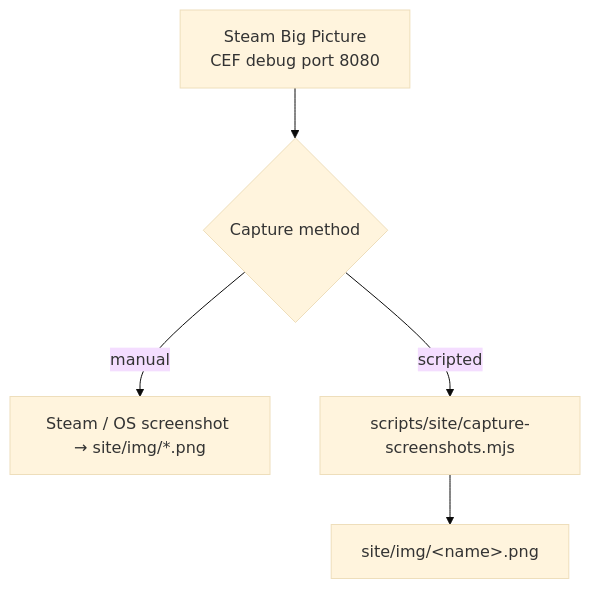
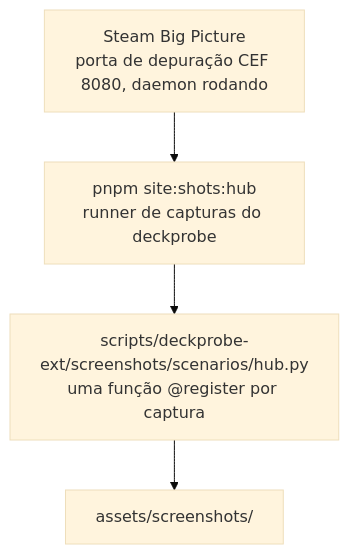
The second of 2 diagrams in docs/pt-BR/showcase.md (santojon/ShelvesHub), drawn with Mermaid (base theme) before and after one commit. The commit also changed other lines of this file and 25 other files, not shown here.

````diff
--- a/docs/pt-BR/showcase.md
+++ b/docs/pt-BR/showcase.md
@@ -46,7 +61,6 @@
 ```mermaid
 flowchart TD
-  S[Steam Big Picture<br/>CEF debug port 8080] --> C{Capture method}
-  C -->|manual| M[Steam / OS screenshot → site/img/*.png]
-  C -->|scripted| D[scripts/site/capture-screenshots.mjs]
-  D --> O[site/img/&lt;name&gt;.png]
+  S[Steam Big Picture<br/>porta de depuração CEF 8080, daemon rodando] --> R[pnpm site:shots:hub<br/>runner de capturas do deckprobe]
+  R --> N[scripts/deckprobe-ext/screenshots/scenarios/hub.py<br/>uma função @register por captura]
+  N --> O[assets/screenshots/]
 ```
````
